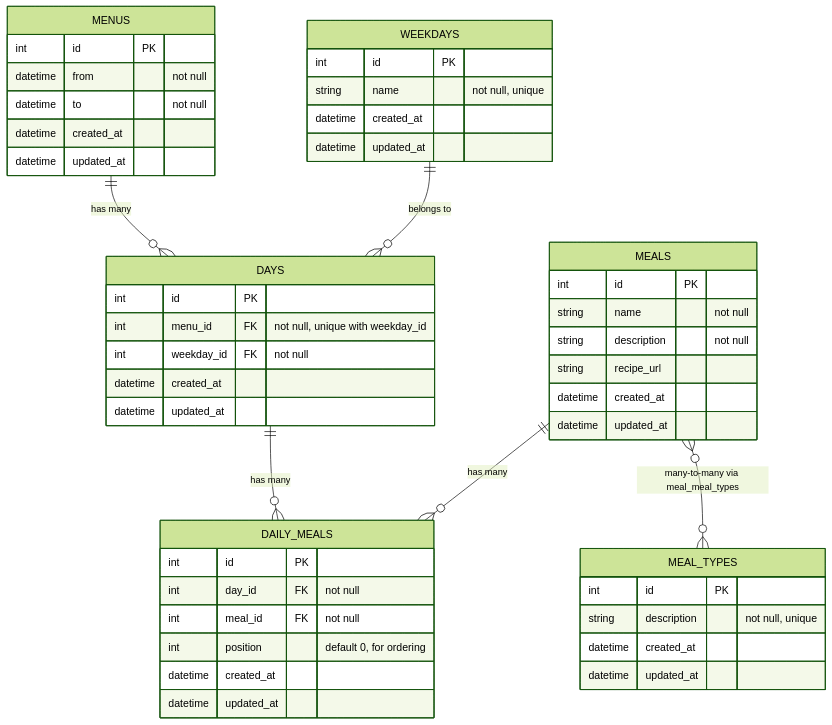
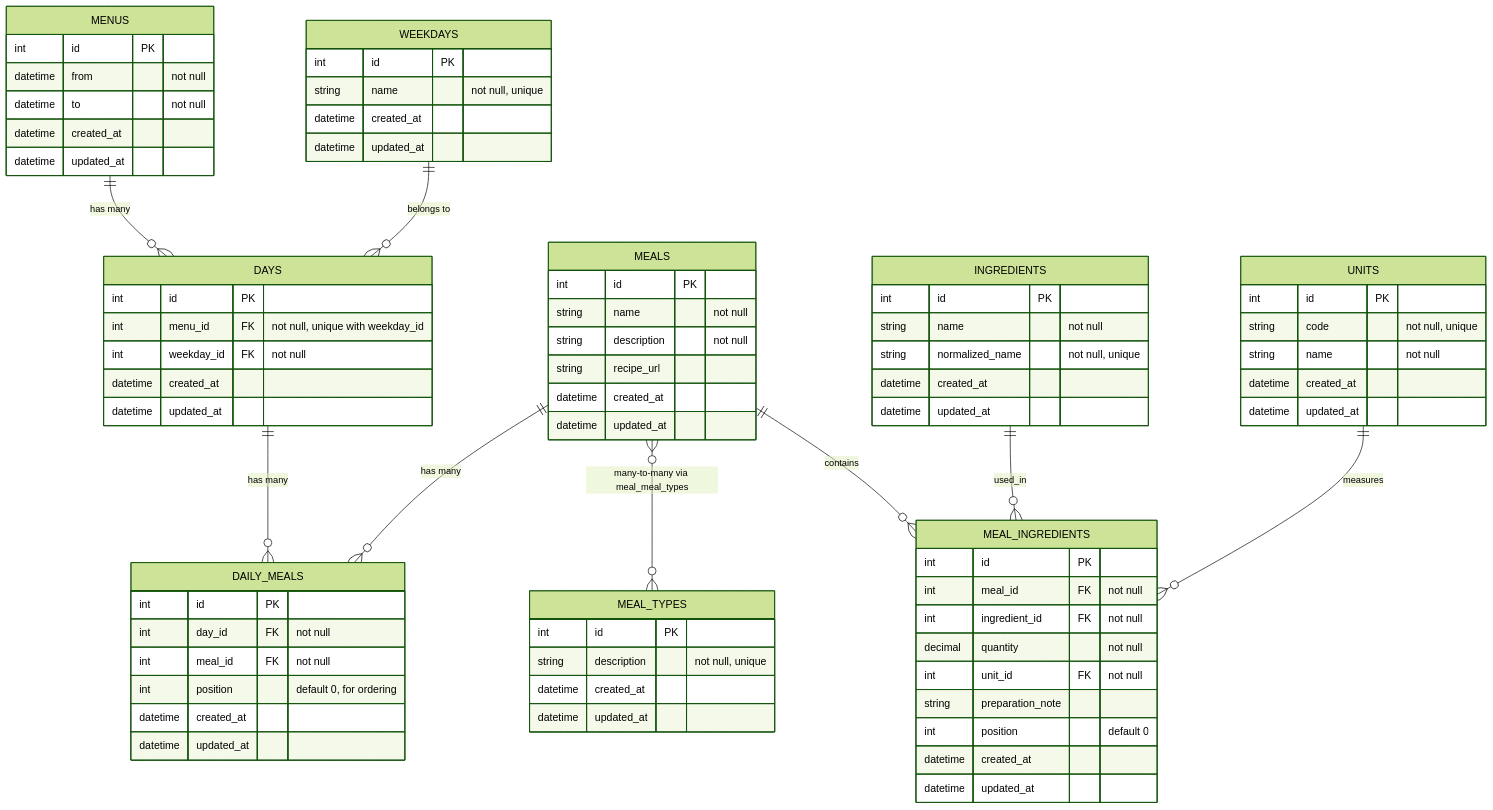
One commit to DarthCharles/meal_planner changed the diagram in docs/database.md. Above: the diagram before and after it, drawn with Mermaid (forest theme). The commit also changed other lines of this file and 19 other files, not shown here.

Commit message:
feat: add structured meal ingredients and units

````diff
--- a/docs/database.md
+++ b/docs/database.md
@@ -11,6 +11,9 @@
   DAYS ||--o{ DAILY_MEALS : "has many"
   MEALS ||--o{ DAILY_MEALS : "has many"
   MEALS }o--o{ MEAL_TYPES : "many-to-many via meal_meal_types"
+  MEALS ||--o{ MEAL_INGREDIENTS : contains
+  INGREDIENTS ||--o{ MEAL_INGREDIENTS : used_in
+  UNITS ||--o{ MEAL_INGREDIENTS : measures
 
   MENUS {
     int id PK
@@ -59,4 +62,32 @@
     datetime created_at
     datetime updated_at
   }
+
+  INGREDIENTS {
+    int id PK
+    string name "not null"
+    string normalized_name "not null, unique"
+    datetime created_at
+    datetime updated_at
+  }
+
+  MEAL_INGREDIENTS {
+    int id PK
+    int meal_id FK "not null"
+    int ingredient_id FK "not null"
+    decimal quantity "not null"
+    int unit_id FK "not null"
+    string preparation_note
+    int position "default 0"
+    datetime created_at
+    datetime updated_at
+  }
+
+  UNITS {
+    int id PK
+    string code "not null, unique"
+    string name "not null"
+    datetime created_at
+    datetime updated_at
+  }
 ```
````
